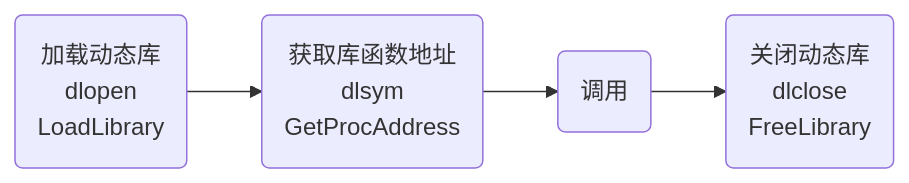
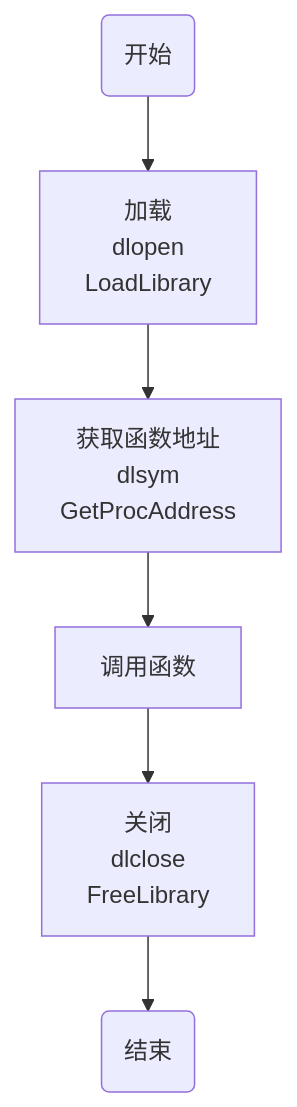
One commit to dmjcb/dmjcb.github.io changed the third of 3 diagrams in _posts/language/c_c++/library/2023-02-28-动态库.md. Above: the diagram before and after it, drawn with Mermaid. The commit also changed other lines of this file and 13 other files, not shown here.

````diff
--- a/_posts/language/c_c++/library/2023-02-28-动态库.md
+++ b/_posts/language/c_c++/library/2023-02-28-动态库.md
@@ -484,12 +472,10 @@
 ```mermaid
-graph LR;
-    A(加载动态库<br>dlopen<br>LoadLibrary)
-    
-    B(获取库函数地址<br>dlsym<br>GetProcAddress)
-    
-    C(调用)
-    
-    D(关闭动态库<br>dlclose<br>FreeLibrary)
-
-    A-->B-->C-->D
+graph TB;
+    X(开始)
+    A[加载<br>dlopen<br>LoadLibrary]
+    B[获取函数地址<br>dlsym<br>GetProcAddress]
+    C[调用函数]
+    D[关闭<br>dlclose<br>FreeLibrary]
+    Z(结束)
+    X-->A-->B-->C-->D-->Z
 ```
````
